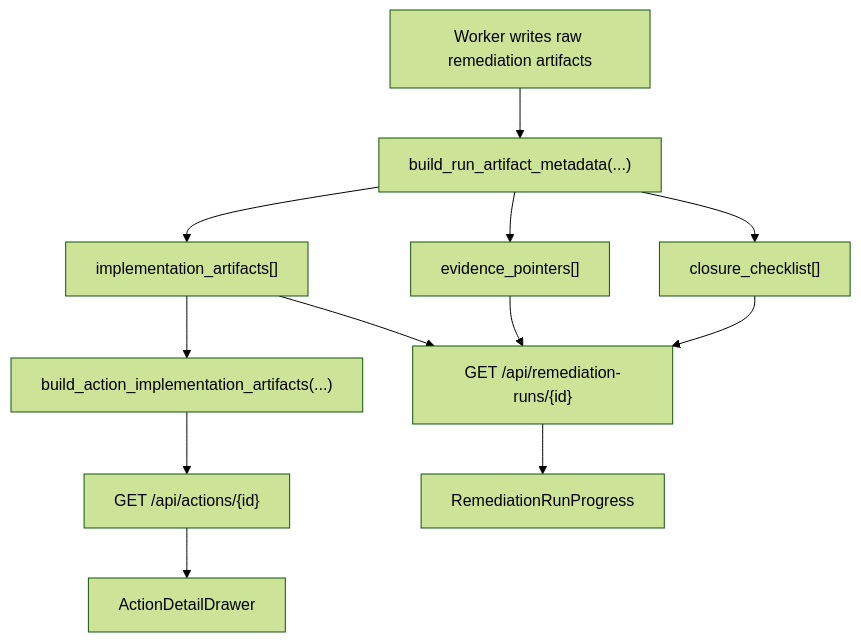
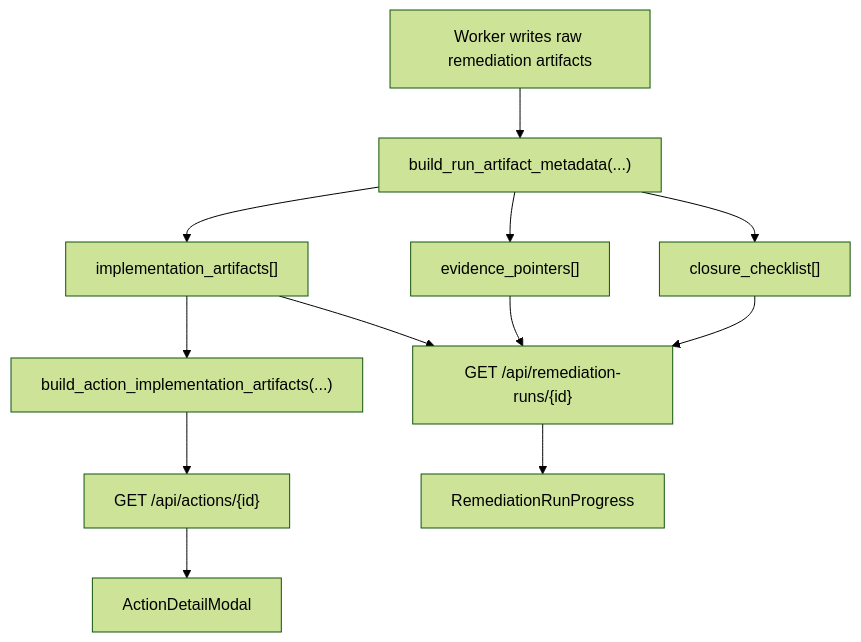
Before and after one commit to marcoIbrahim0/awsautopilot: the diagram in docs/features/handoff-free-closure.md, drawn with Mermaid (forest theme). The commit also changed other lines of this file and 11 other files, not shown here.

Commit message:
docs: record action detail modal restoration

````diff
--- a/docs/features/handoff-free-closure.md
+++ b/docs/features/handoff-free-closure.md
@@ -102,14 +102,14 @@
 ```mermaid
 flowchart TD
     A["Worker writes raw remediation artifacts"] --> B["build_run_artifact_metadata(...)"]
     B --> C["implementation_artifacts[]"]
     B --> D["evidence_pointers[]"]
     B --> E["closure_checklist[]"]
     C --> F["GET /api/remediation-runs/{id}"]
     D --> F
     E --> F
     C --> G["build_action_implementation_artifacts(...)"]
     G --> H["GET /api/actions/{id}"]
-    H --> I["ActionDetailDrawer"]
+    H --> I["ActionDetailModal"]
     F --> J["RemediationRunProgress"]
 ```
````
